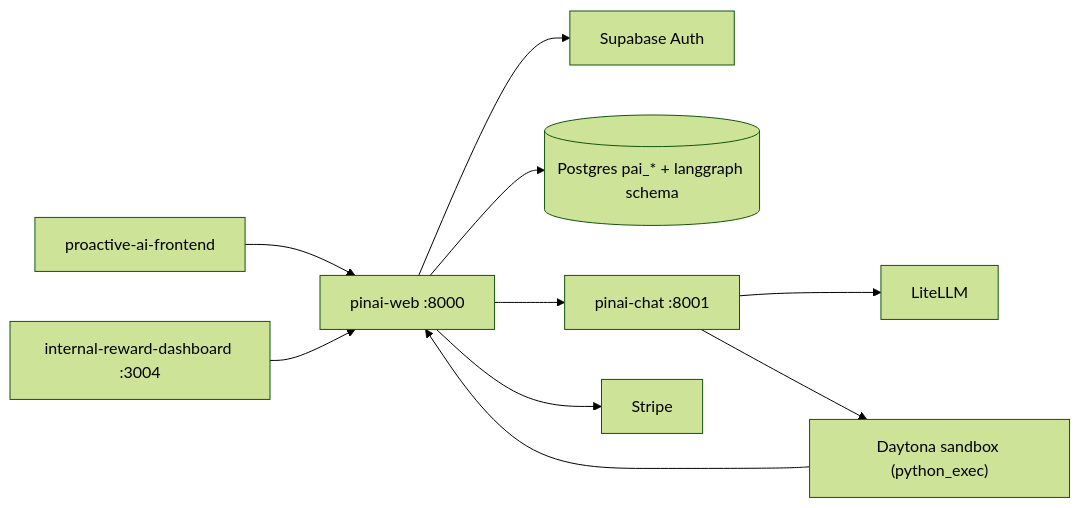
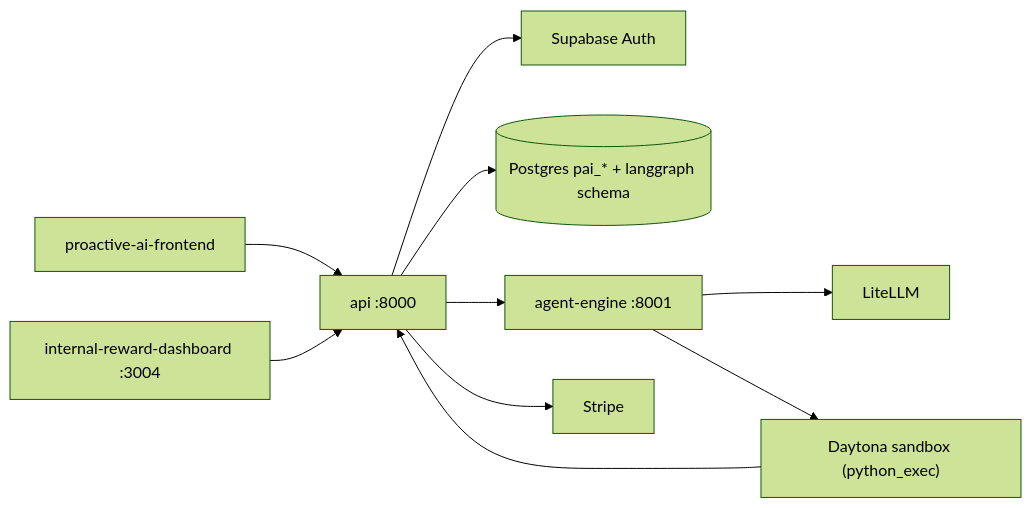
Before and after one commit to Edge-AI-HQ/proactive-assistant: the diagram in docs/modules/runtime-deployment.mdx, drawn with Mermaid (forest theme). The commit also changed other lines of this file and 978 other files, not shown here.

````diff
--- a/docs/modules/runtime-deployment.mdx
+++ b/docs/modules/runtime-deployment.mdx
@@ -12,12 +12,12 @@
 ```mermaid
 flowchart LR
-  FE["proactive-ai-frontend"] --> Web["pinai-web :8000"]
+  FE["proactive-ai-frontend"] --> Web["api :8000"]
   RewardDash["internal-reward-dashboard :3004"] --> Web
   Web --> Auth["Supabase Auth"]
   Web --> PG[("Postgres pai_* + langgraph schema")]
-  Web --> Chat["pinai-chat :8001"]
+  Web --> Chat["agent-engine :8001"]
   Chat --> LiteLLM["LiteLLM"]
   Chat --> Sandbox["Daytona sandbox (python_exec)"]
   Sandbox --> Web
   Web --> Stripe["Stripe"]
 ```
````
